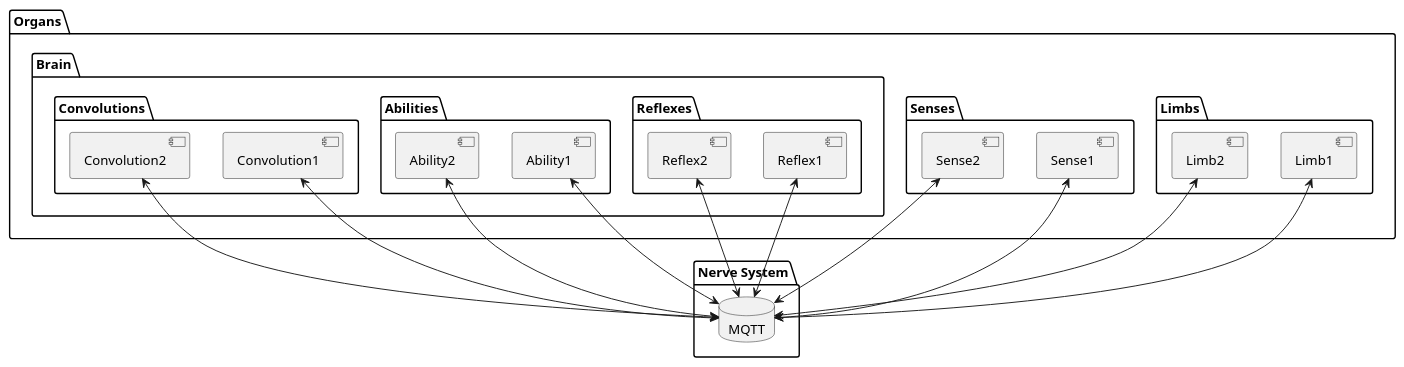
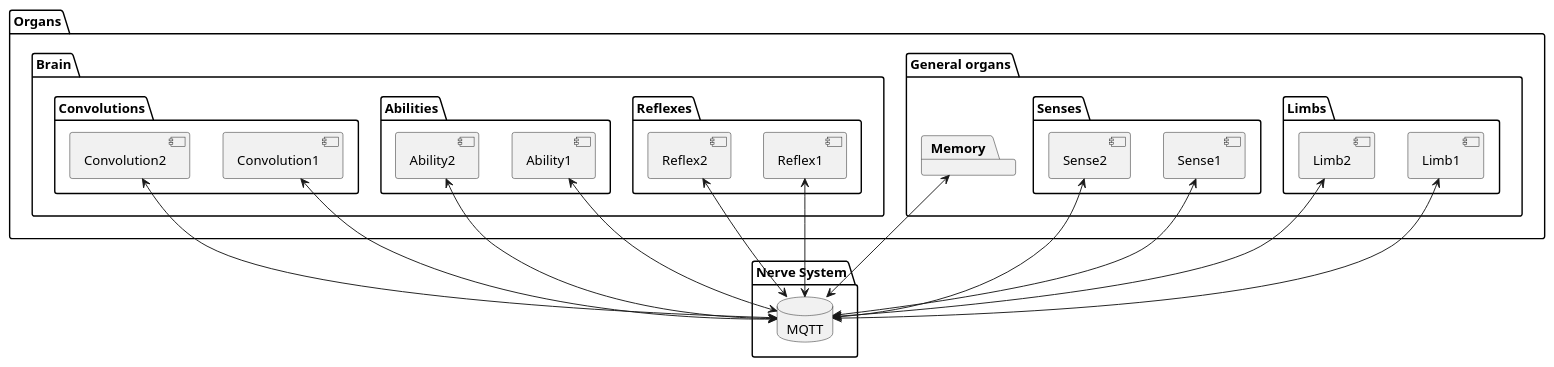
Before and after one commit to anothermind/docs: the diagram in README.adoc, drawn with PlantUML. The commit also changed other lines of this file, not shown here.

```diff
--- a/README.adoc
+++ b/README.adoc
@@ -9,32 +9,38 @@
 [plantuml]
 ....
 package "Nerve System" {
     database MQTT
 }
 
 package "Organs" {
-    package "Limbs" {
-        [Limb1] <--> MQTT
-        [Limb2] <--> MQTT
+    package "General organs" {
+        package "Limbs" {
+            [Limb1] <--> MQTT
+            [Limb2] <--> MQTT
+        }
+        package "Senses" {
+            [Sense1] <--> MQTT
+            [Sense2] <--> MQTT
+        }
+        package "Memory" {
+            [Memory] <--> MQTT
+        }
     }
-    package "Senses" {
-        [Sense1] <--> MQTT
-        [Sense2] <--> MQTT
-    }
+
     package "Brain" {
         package "Reflexes" {
             [Reflex1] <--> MQTT
             [Reflex2] <--> MQTT
         }
         package "Abilities" {
             [Ability1] <--> MQTT
             [Ability2] <--> MQTT
         }
         package "Convolutions" {
             [Convolution1] <--> MQTT
             [Convolution2] <--> MQTT
         }
     }
 }
 
 ....
```
